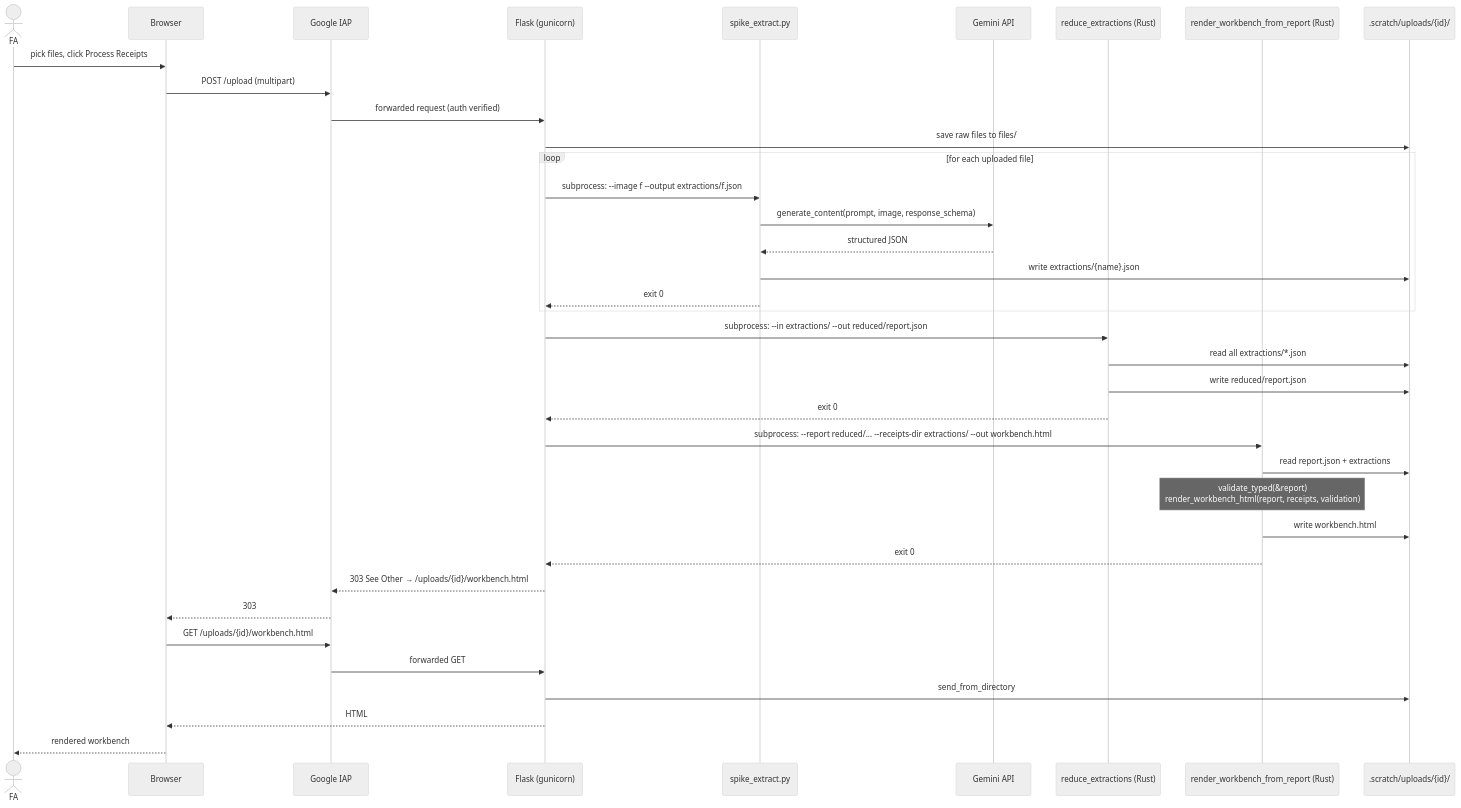
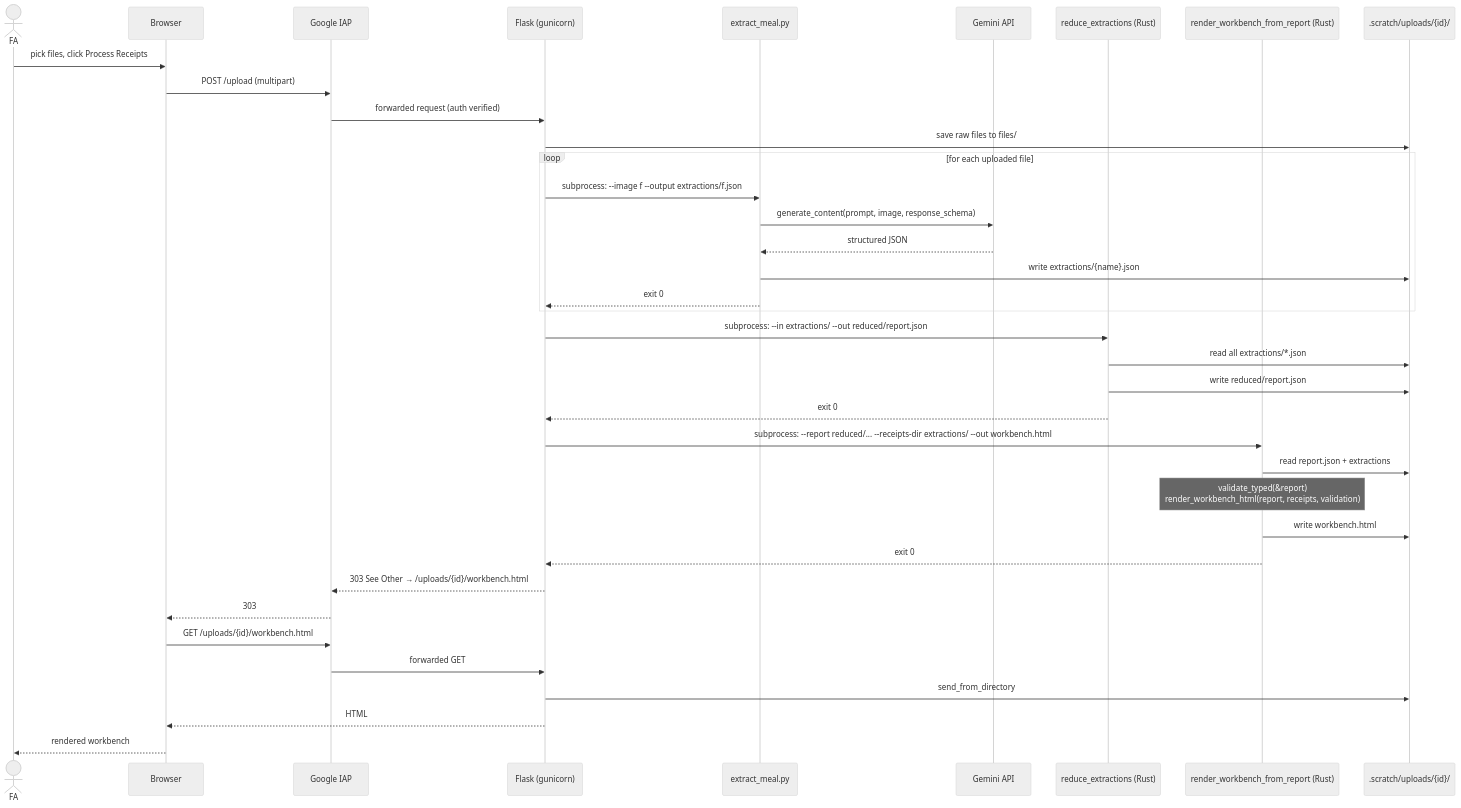
Before and after one commit to aweditya/expense-reports-automation: the second of 5 diagrams in docs/SPEC.md, drawn with Mermaid (neutral theme). The commit also changed other lines of this file and 10 other files, not shown here.

````diff
--- a/docs/SPEC.md
+++ b/docs/SPEC.md
@@ -111,44 +111,44 @@
 ```mermaid
 sequenceDiagram
     actor FA
     participant Browser
     participant IAP as Google IAP
     participant Flask as Flask (gunicorn)
-    participant Extract as spike_extract.py
+    participant Extract as extract_meal.py
     participant Gemini as Gemini API
     participant Reduce as reduce_extractions (Rust)
     participant Render as render_workbench_from_report (Rust)
     participant Disk as .scratch/uploads/{id}/
 
     FA->>Browser: pick files, click Process Receipts
     Browser->>IAP: POST /upload (multipart)
     IAP->>Flask: forwarded request (auth verified)
     Flask->>Disk: save raw files to files/
 
     loop for each uploaded file
         Flask->>Extract: subprocess: --image f --output extractions/f.json
         Extract->>Gemini: generate_content(prompt, image, response_schema)
         Gemini-->>Extract: structured JSON
         Extract->>Disk: write extractions/{name}.json
         Extract-->>Flask: exit 0
     end
 
     Flask->>Reduce: subprocess: --in extractions/ --out reduced/report.json
     Reduce->>Disk: read all extractions/*.json
     Reduce->>Disk: write reduced/report.json
     Reduce-->>Flask: exit 0
 
     Flask->>Render: subprocess: --report reduced/... --receipts-dir extractions/ --out workbench.html
     Render->>Disk: read report.json + extractions
     Note over Render: validate_typed(&report)<br/>render_workbench_html(report, receipts, validation)
     Render->>Disk: write workbench.html
     Render-->>Flask: exit 0
 
     Flask-->>IAP: 303 See Other → /uploads/{id}/workbench.html
     IAP-->>Browser: 303
     Browser->>IAP: GET /uploads/{id}/workbench.html
     IAP->>Flask: forwarded GET
     Flask->>Disk: send_from_directory
     Flask-->>Browser: HTML
     Browser-->>FA: rendered workbench
 ```
````
